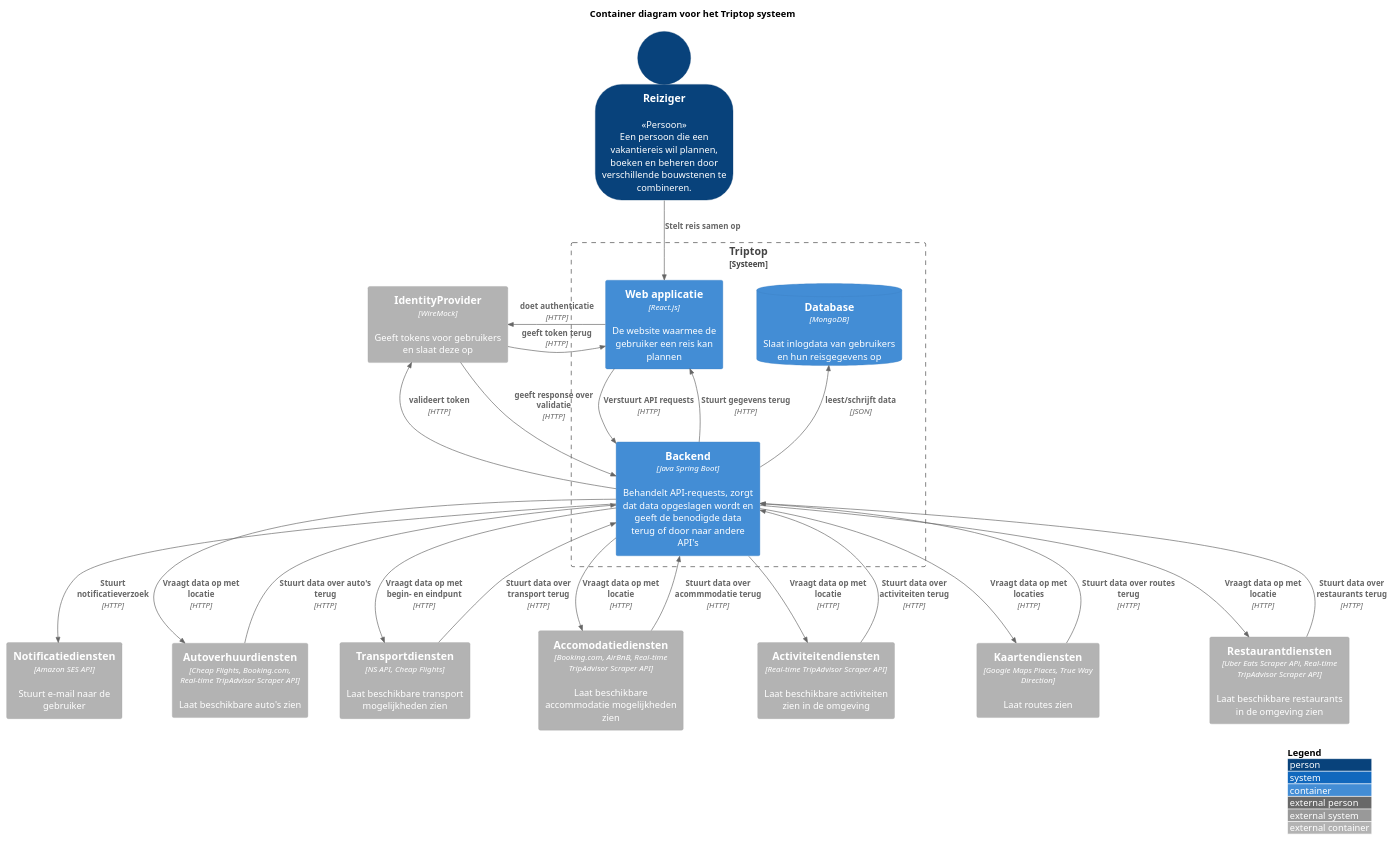
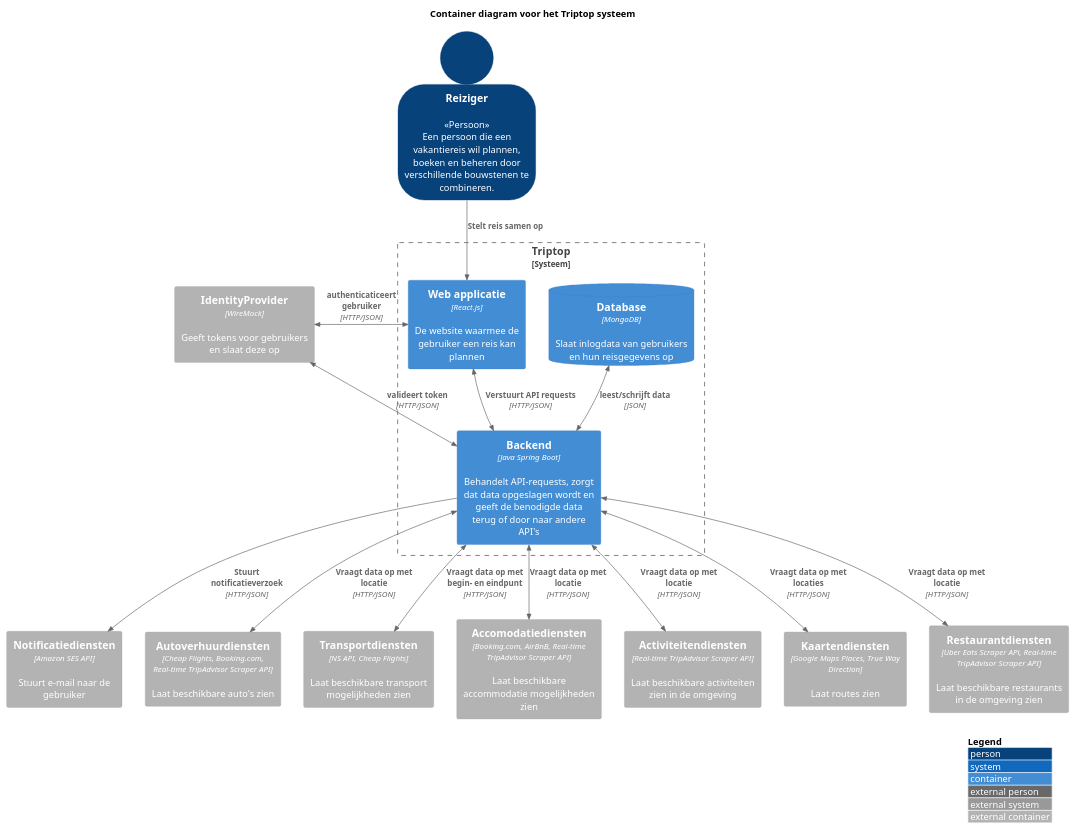
The diagram in diagram/container/TriptopSystemStaticContainerDiagram.puml (AIM-ENE-feb25/triptop-groep-1-met-third-wheel), drawn with PlantUML before and after one commit. The commit also changed 5 other files, not shown here.

```diff
--- a/diagram/container/TriptopSystemStaticContainerDiagram.puml
+++ b/diagram/container/TriptopSystemStaticContainerDiagram.puml
@@ -1,60 +1,51 @@
 @startuml "Container diagram voor het Triptop systeem"
 !include https://raw.githubusercontent.com/plantuml-stdlib/C4-PlantUML/master/C4_Container.puml
 
 SHOW_PERSON_OUTLINE()
 LAYOUT_WITH_LEGEND()
 
 title "Container diagram voor het Triptop systeem"
 Person(traveler, "Reiziger", "<<Persoon>>\nEen persoon die een vakantiereis wil plannen, boeken en beheren door verschillende bouwstenen te combineren.")
 
 Boundary(system, "Triptop", "Systeem") {
     ContainerDb(db, "Database", "MongoDB", "Slaat inlogdata van gebruikers en hun reisgegevens op")
     Container(frontend, "Web applicatie", "React.js", "De website waarmee de gebruiker een reis kan plannen")
     Container(backend, "Backend", "Java Spring Boot", "Behandelt API-requests, zorgt dat data opgeslagen wordt en geeft de benodigde data terug of door naar andere API's")
 }
 
 Rel_D(traveler, frontend, "Stelt reis samen op")
-Rel_D(frontend, backend, "Verstuurt API requests", "HTTP")
-Rel_U(backend, frontend, "Stuurt gegevens terug", "HTTP")
-Rel_U(backend, db, "leest/schrijft data", "JSON")
+BiRel_D(frontend, backend, "Verstuurt API requests", "HTTP/JSON")
+BiRel_U(backend, db, "leest/schrijft data", "JSON")
 
 Container_Ext(notification, "Notificatiediensten", "Amazon SES API", "Stuurt e-mail naar de gebruiker")
 Container_Ext(autoverhuur, "Autoverhuurdiensten", "Cheap Flights, Booking.com, Real-time TripAdvisor Scraper API", "Laat beschikbare auto's zien")
 Container_Ext(transport, "Transportdiensten", "NS API, Cheap Flights", "Laat beschikbare transport mogelijkheden zien")
 Container_Ext(accommodatie, "Accomodatiediensten", "Booking.com, AirBnB, Real-time TripAdvisor Scraper API", "Laat beschikbare accommodatie mogelijkheden zien")
 Container_Ext(activiteiten, "Activiteitendiensten", "Real-time TripAdvisor Scraper API", "Laat beschikbare activiteiten zien in de omgeving")
 Container_Ext(kaarten, "Kaartendiensten", "Google Maps Places, True Way Direction", "Laat routes zien")
 Container_Ext(identity, "IdentityProvider", "WireMock", "Geeft tokens voor gebruikers en slaat deze op")
 Container_Ext(restaurant, "Restaurantdiensten", "Uber Eats Scraper APi, Real-time TripAdvisor Scraper API", "Laat beschikbare restaurants in de omgeving zien")
 
 Lay_L(backend, db)
 
-Rel_R(frontend, identity, "doet authenticatie", "HTTP")
-Rel_L(identity, frontend, "geeft token terug","HTTP")
-Rel_U(backend, identity, "valideert token","HTTP")
-Rel_D(identity, backend, "geeft response over validatie", "HTTP")
+BiRel_R(frontend, identity, "authenticaticeert gebruiker", "HTTP/JSON")
+BiRel_U(backend, identity, "valideert token","HTTP/JSON")
 
-Rel(backend, notification, "Stuurt notificatieverzoek", "HTTP")
+Rel(backend, notification, "Stuurt notificatieverzoek", "HTTP/JSON")
 
-Rel(backend, autoverhuur, "Vraagt data op met locatie", "HTTP")
-Rel(autoverhuur, backend, "Stuurt data over auto's terug", "HTTP")
+BiRel(backend, autoverhuur, "Vraagt data op met locatie", "HTTP/JSON")
 
-Rel(backend, transport, "Vraagt data op met begin- en eindpunt", "HTTP")
-Rel(transport, backend, "Stuurt data over transport terug", "HTTP")
+BiRel(backend, transport, "Vraagt data op met begin- en eindpunt", "HTTP/JSON")
 
-Rel(backend, accommodatie, "Vraagt data op met locatie", "HTTP")
-Rel(accommodatie, backend, "Stuurt data over acommmodatie terug", "HTTP")
+BiRel(backend, accommodatie, "Vraagt data op met locatie", "HTTP/JSON")
 
-Rel(backend, activiteiten, "Vraagt data op met locatie", "HTTP")
-Rel(activiteiten, backend, "Stuurt data over activiteiten terug", "HTTP")
+BiRel(backend, activiteiten, "Vraagt data op met locatie", "HTTP/JSON")
 
-Rel(backend, kaarten, "Vraagt data op met locaties", "HTTP")
-Rel(kaarten, backend, "Stuurt data over routes terug", "HTTP")
+BiRel(backend, kaarten, "Vraagt data op met locaties", "HTTP/JSON")
 
-Rel(backend, restaurant, "Vraagt data op met locatie", "HTTP")
-Rel(restaurant, backend, "Stuurt data over restaurants terug", "HTTP")
+BiRel(backend, restaurant, "Vraagt data op met locatie", "HTTP/JSON")
 
 
 
 
 @enduml
```
